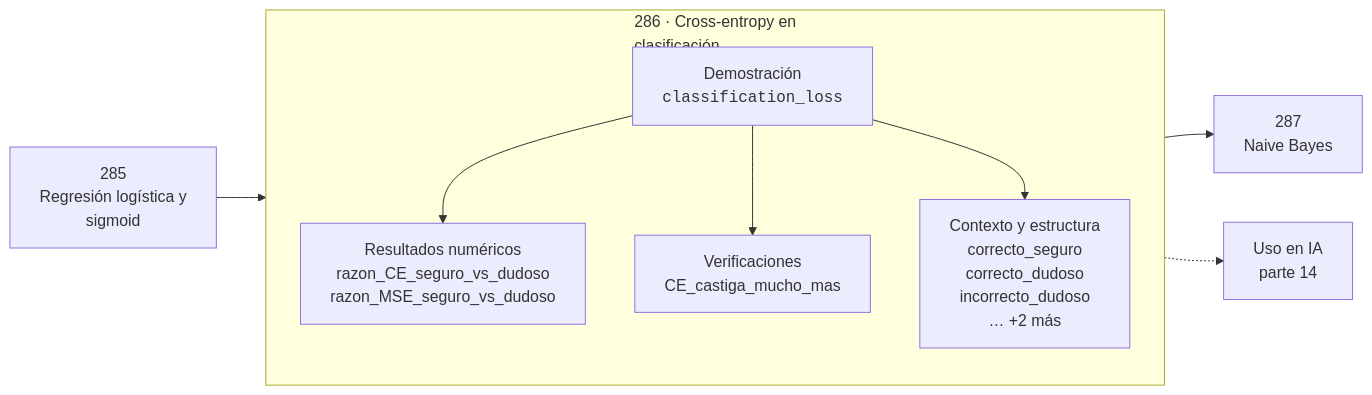
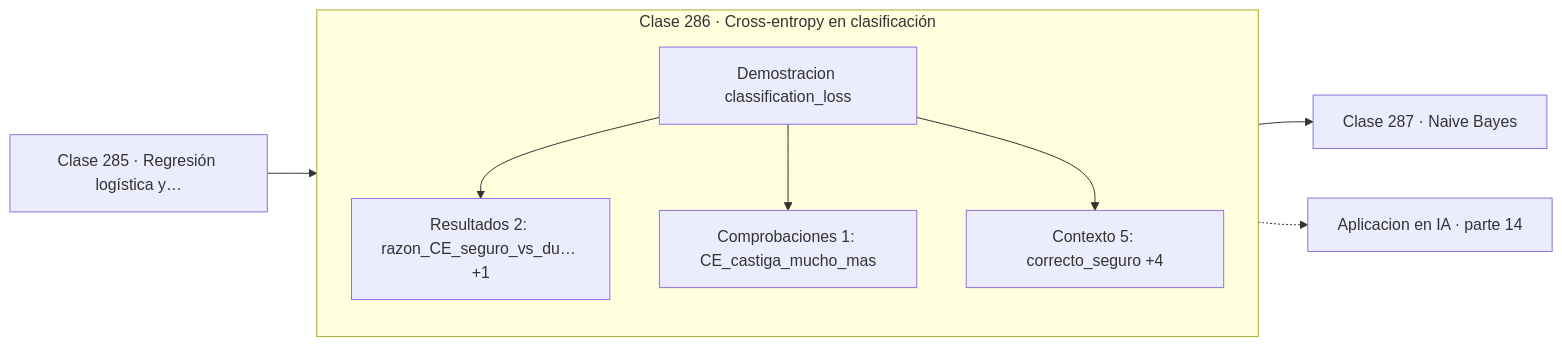
One commit to vladimiracunadev-create/computational-mathematics-program changed the diagram in classes/part-14-matematica-de-machine-learning/286-cross-entropy-en-clasificacion/README.md. Above: the diagram before and after it, drawn with Mermaid. The commit also changed 389 other files, not shown here.

First line of the commit message:
fix(diagramas): elimina el HTML de las etiquetas Mermaid

````diff
--- a/classes/part-14-matematica-de-machine-learning/286-cross-entropy-en-clasificacion/README.md
+++ b/classes/part-14-matematica-de-machine-learning/286-cross-entropy-en-clasificacion/README.md
@@ -30,12 +30,13 @@
 ```mermaid
 flowchart LR
-    P["285<br/>Regresión logística y<br/>sigmoid"] --> C
-    subgraph C["286 · Cross-entropy en<br/>clasificación"]
+    P["Clase 285 · Regresión logística y…"] --> D
+    subgraph CLASE["Clase 286 · Cross-entropy en clasificación"]
         direction TB
-        D["Demostración<br/><code>classification_loss</code>"] --> R["Resultados numéricos<br/>razon_CE_seguro_vs_dudoso<br/>razon_MSE_seguro_vs_dudoso"]
-        D --> V["Verificaciones<br/>CE_castiga_mucho_mas"]
-        D --> O["Contexto y estructura<br/>correcto_seguro<br/>correcto_dudoso<br/>incorrecto_dudoso<br/>… +2 más"]
+        D["Demostracion classification_loss"]
+        D --> R["Resultados 2: razon_CE_seguro_vs_du… +1"]
+        D --> V["Comprobaciones 1: CE_castiga_mucho_mas"]
+        D --> O["Contexto 5: correcto_seguro +4"]
     end
-    C --> N["287<br/>Naive Bayes"]
-    C -.-> IA["Uso en IA<br/>parte 14"]
+    R --> N["Clase 287 · Naive Bayes"]
+    V -.-> IA["Aplicacion en IA · parte 14"]
 ```
````
